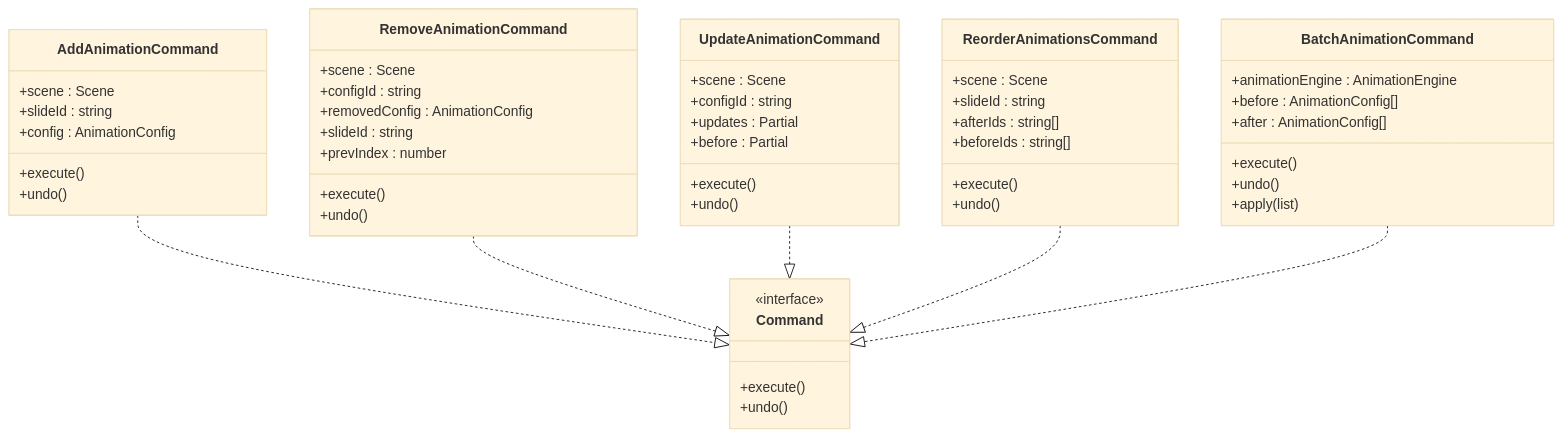
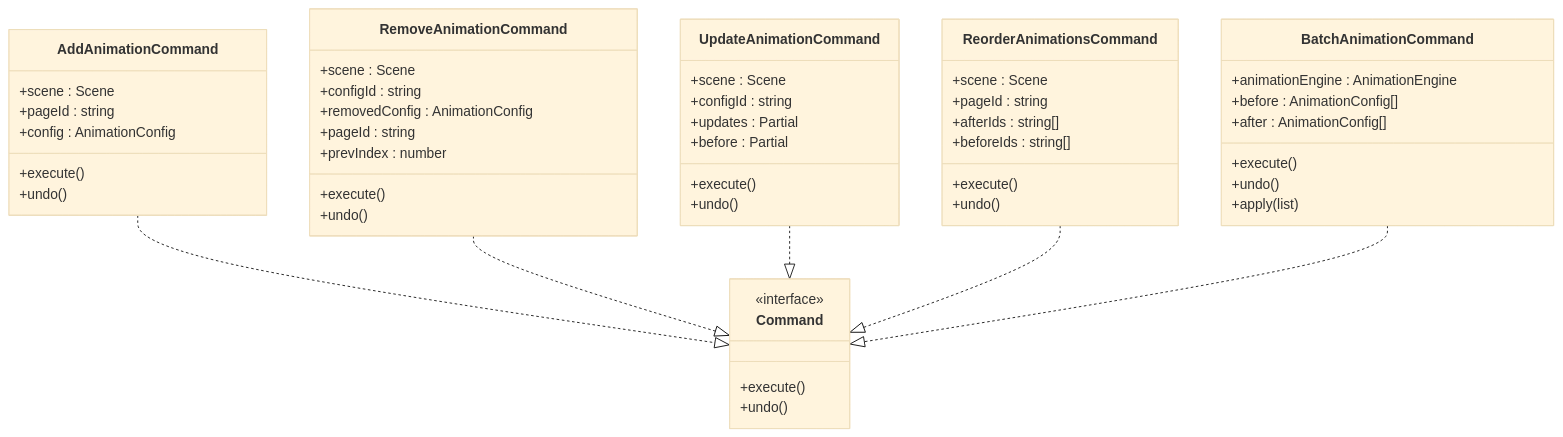
One commit to Anna0314zy/ai_editor_enginer changed the fifth of 15 diagrams in .qoder/repowiki/en/content/Core Engine System/Core Engine System.md. Above: the diagram before and after it, drawn with Mermaid (base theme). The commit also changed other lines of this file and 12 other files, not shown here.

````diff
--- a/.qoder/repowiki/en/content/Core Engine System/Core Engine System.md
+++ b/.qoder/repowiki/en/content/Core Engine System/Core Engine System.md
@@ -385,53 +372,53 @@
 ```mermaid
 classDiagram
 class Command {
 <<interface>>
 +execute()
 +undo()
 }
 class AddAnimationCommand {
 +scene : Scene
-+slideId : string
++pageId : string
 +config : AnimationConfig
 +execute()
 +undo()
 }
 class RemoveAnimationCommand {
 +scene : Scene
 +configId : string
 +removedConfig : AnimationConfig
-+slideId : string
++pageId : string
 +prevIndex : number
 +execute()
 +undo()
 }
 class UpdateAnimationCommand {
 +scene : Scene
 +configId : string
 +updates : Partial
 +before : Partial
 +execute()
 +undo()
 }
 class ReorderAnimationsCommand {
 +scene : Scene
-+slideId : string
++pageId : string
 +afterIds : string[]
 +beforeIds : string[]
 +execute()
 +undo()
 }
 class BatchAnimationCommand {
 +animationEngine : AnimationEngine
 +before : AnimationConfig[]
 +after : AnimationConfig[]
 +execute()
 +undo()
 +apply(list)
 }
 AddAnimationCommand ..|> Command
 RemoveAnimationCommand ..|> Command
 UpdateAnimationCommand ..|> Command
 ReorderAnimationsCommand ..|> Command
 BatchAnimationCommand ..|> Command
 ```
````
